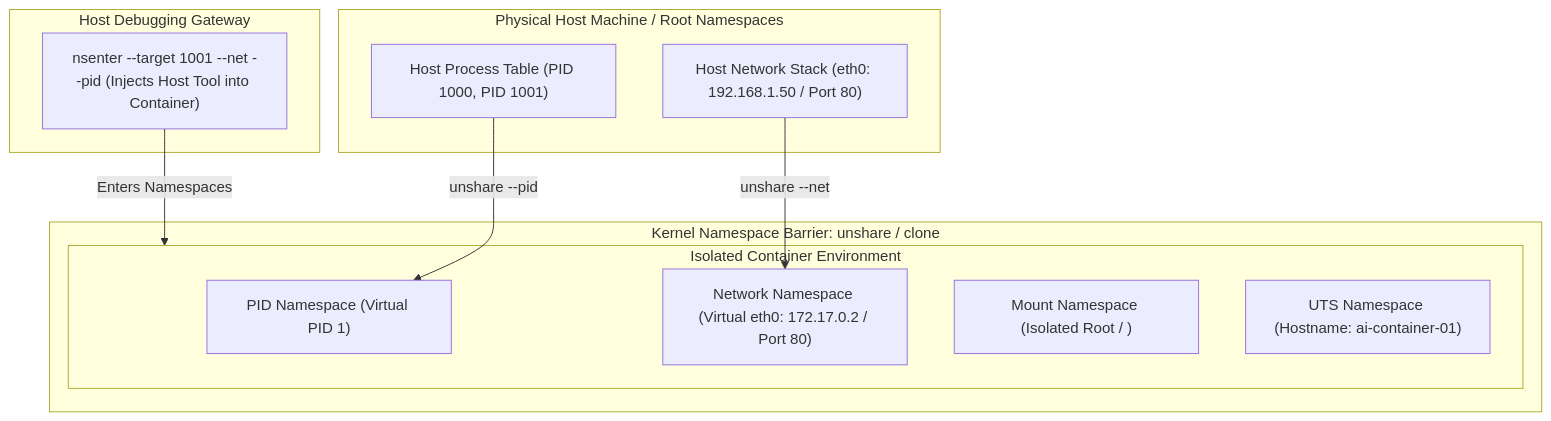
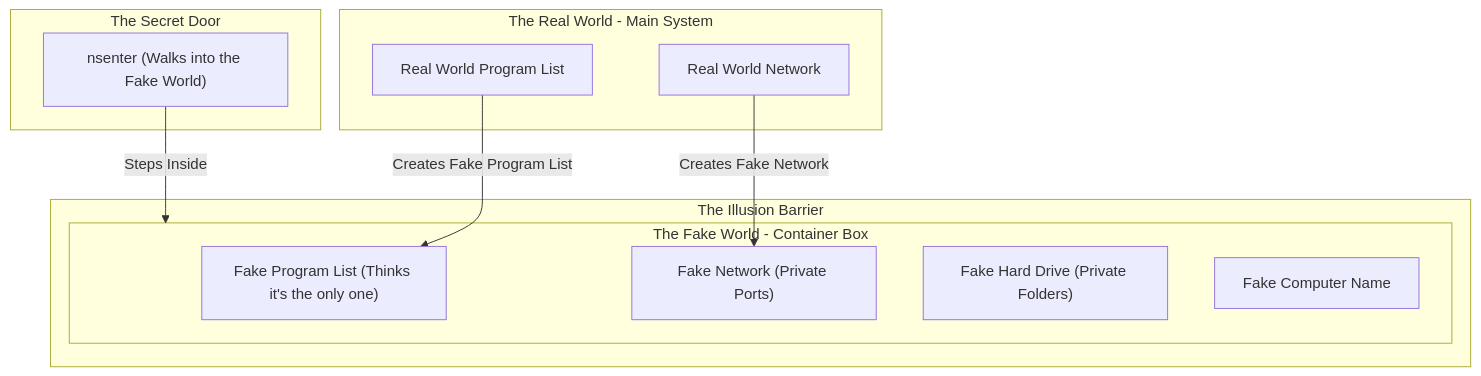
The diagram in website/pages/modules/module-03/lesson-07.md (aloysiuspattath/platform-engineering-ai-course), drawn with Mermaid before and after one commit. The commit also changed other lines of this file and 56 other files, not shown here.

Commit message:
refactor: simplify all architecture diagrams and explanations to layman's terms via AI subagent swarm

````diff
--- a/website/pages/modules/module-03/lesson-07.md
+++ b/website/pages/modules/module-03/lesson-07.md
@@ -92,25 +92,25 @@
 ```mermaid
 flowchart TD
-    subgraph HostMachine [Physical Host Machine / Root Namespaces]
-        HOST_PID["Host Process Table (PID 1000, PID 1001)"] 
-        HOST_NET["Host Network Stack (eth0: 192.168.1.50 / Port 80)"]
+    subgraph HostMachine [The Real World - Main System]
+        HOST_PID["Real World Program List"] 
+        HOST_NET["Real World Network"]
     end
 
-    subgraph NamespaceIsolation [Kernel Namespace Barrier: unshare / clone]
-        subgraph ContainerBox [Isolated Container Environment]
-            NS_PID["PID Namespace (Virtual PID 1)"]
-            NS_NET["Network Namespace (Virtual eth0: 172.17.0.2 / Port 80)"]
-            NS_MNT["Mount Namespace (Isolated Root / )"]
-            NS_UTS["UTS Namespace (Hostname: ai-container-01)"]
+    subgraph NamespaceIsolation [The Illusion Barrier]
+        subgraph ContainerBox [The Fake World - Container Box]
+            NS_PID["Fake Program List (Thinks it's the only one)"]
+            NS_NET["Fake Network (Private Ports)"]
+            NS_MNT["Fake Hard Drive (Private Folders)"]
+            NS_UTS["Fake Computer Name"]
         end
     end
 
-    HOST_PID -->|unshare --pid| NS_PID
-    HOST_NET -->|unshare --net| NS_NET
+    HOST_PID -->|Creates Fake Program List| NS_PID
+    HOST_NET -->|Creates Fake Network| NS_NET
 
-    subgraph DebuggingGateway [Host Debugging Gateway]
-        NSENTER["nsenter --target 1001 --net --pid (Injects Host Tool into Container)"]
+    subgraph DebuggingGateway [The Secret Door]
+        NSENTER["nsenter (Walks into the Fake World)"]
     end
 
-    NSENTER -->|Enters Namespaces| ContainerBox
+    NSENTER -->|Steps Inside| ContainerBox
 ```
````
